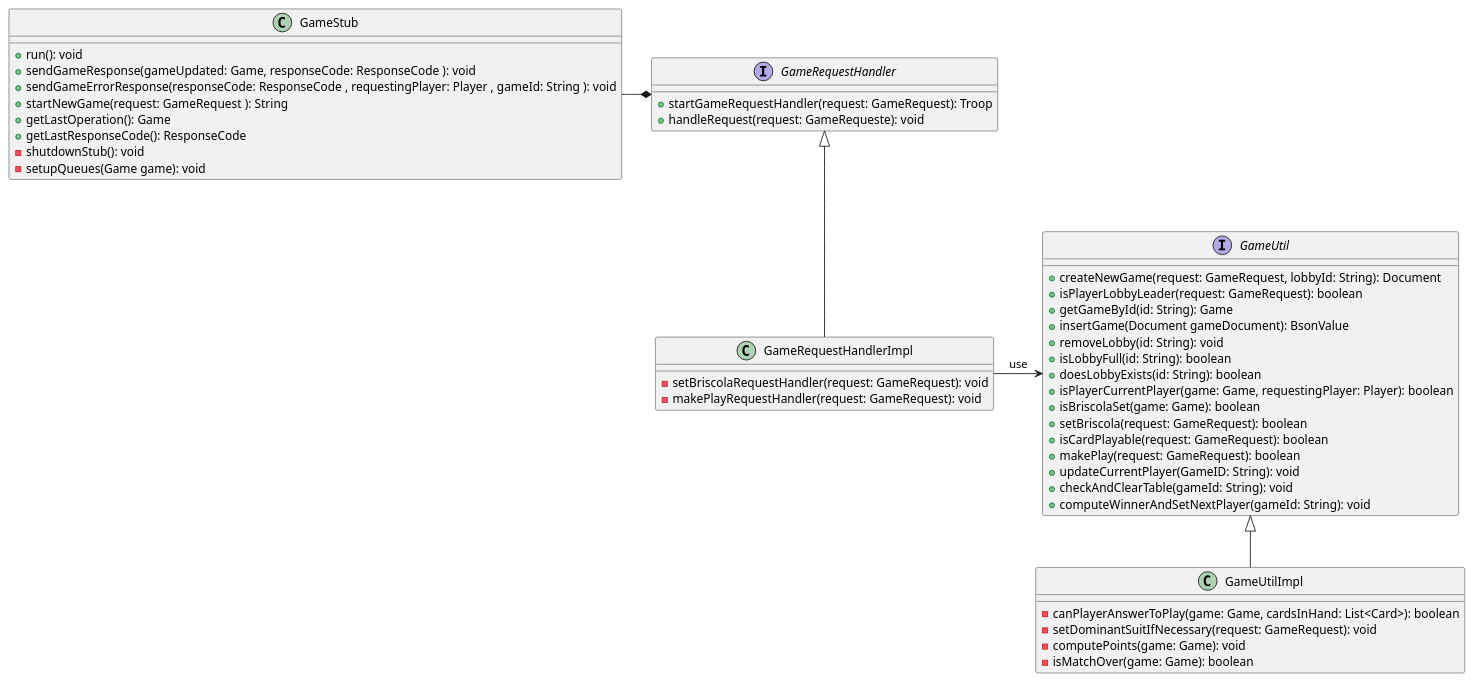
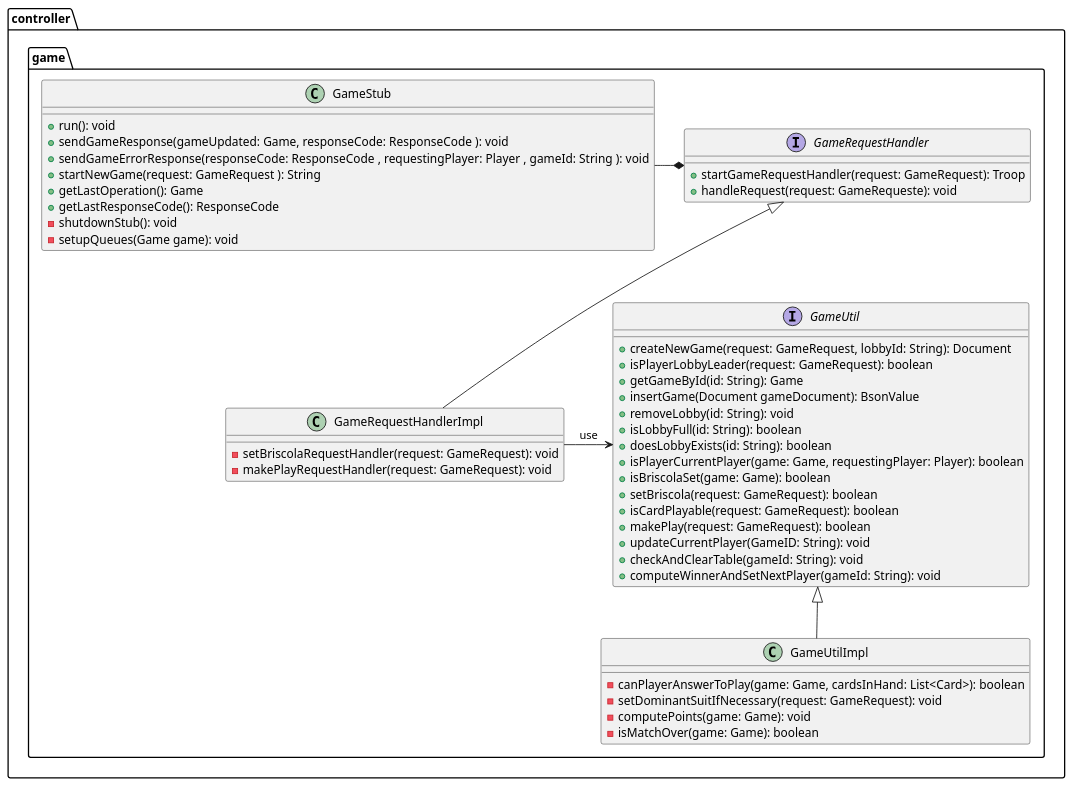
One commit to AngeloParrinello/beccaccino-ds changed the diagram in doc/diagram/GameManagement.puml. Above: the diagram before and after it, drawn with PlantUML. The commit also changed 1 other file, not shown here.

Commit message:
doc: add the class diagram for the lobbies management

```diff
--- a/doc/diagram/GameManagement.puml
+++ b/doc/diagram/GameManagement.puml
@@ -1,56 +1,60 @@
 @startuml
+
+package controller.game {
 
 interface GameRequestHandler {
 +startGameRequestHandler(request: GameRequest): Troop
 +handleRequest(request: GameRequeste): void
 }
 
 class GameRequestHandlerImpl {
 - setBriscolaRequestHandler(request: GameRequest): void
 - makePlayRequestHandler(request: GameRequest): void
 }
 
 interface GameUtil {
     + createNewGame(request: GameRequest, lobbyId: String): Document
     + isPlayerLobbyLeader(request: GameRequest): boolean
     + getGameById(id: String): Game
     + insertGame(Document gameDocument): BsonValue
     + removeLobby(id: String): void
     + isLobbyFull(id: String): boolean
     + doesLobbyExists(id: String): boolean
     + isPlayerCurrentPlayer(game: Game, requestingPlayer: Player): boolean
     + isBriscolaSet(game: Game): boolean
     + setBriscola(request: GameRequest): boolean
     + isCardPlayable(request: GameRequest): boolean
     + makePlay(request: GameRequest): boolean
     + updateCurrentPlayer(GameID: String): void
     + checkAndClearTable(gameId: String): void
     + computeWinnerAndSetNextPlayer(gameId: String): void
 }
 
 class GameUtilImpl {
  - canPlayerAnswerToPlay(game: Game, cardsInHand: List<Card>): boolean
  - setDominantSuitIfNecessary(request: GameRequest): void
  - computePoints(game: Game): void
  - isMatchOver(game: Game): boolean
 
 }
 
 class GameStub {
 + run(): void
 + sendGameResponse(gameUpdated: Game, responseCode: ResponseCode ): void
 + sendGameErrorResponse(responseCode: ResponseCode , requestingPlayer: Player , gameId: String ): void
 + startNewGame(request: GameRequest ): String
 + getLastOperation(): Game
 + getLastResponseCode(): ResponseCode
 - shutdownStub(): void
 - setupQueues(Game game): void
 
 }
 
+}
+
 GameRequestHandler <|-down- GameRequestHandlerImpl
 GameUtil <|-down- GameUtilImpl
 GameUtil <--left- GameRequestHandlerImpl : use
 GameRequestHandler *--left- GameStub
 
 @enduml
```
